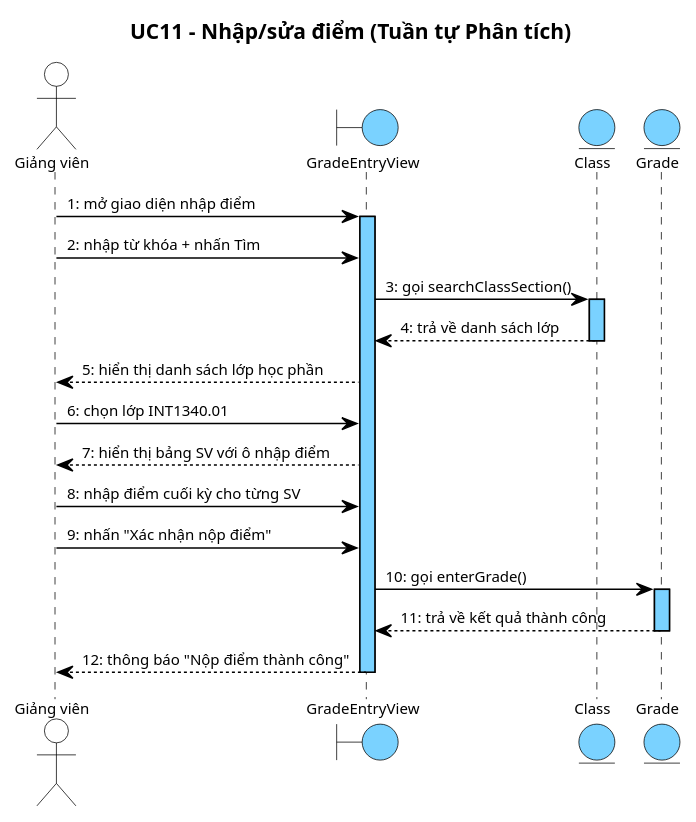
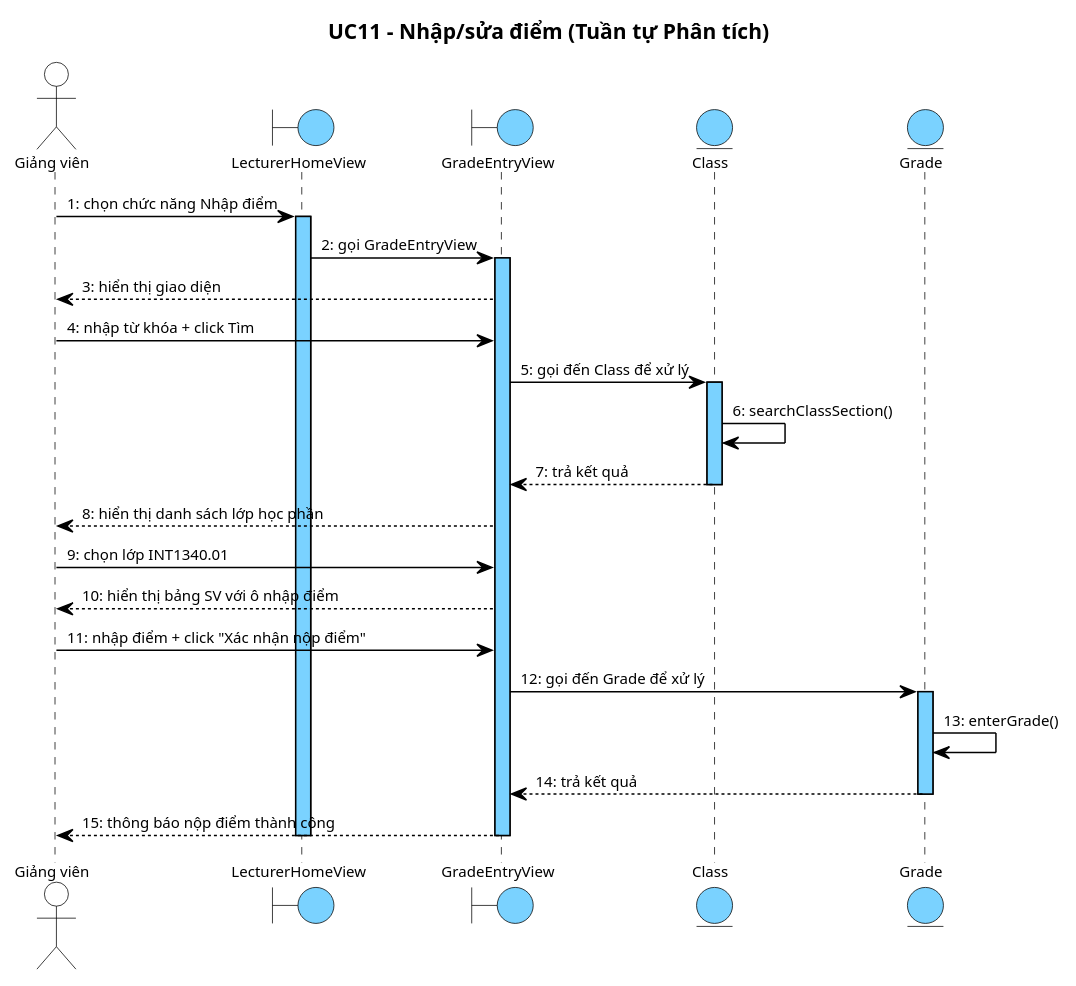
One commit to thanhtrnnn/universe changed diagram 13 of 20 in report/md/module3_attendance_grades.md. Above: the diagram before and after it, drawn with PlantUML. The commit also changed other lines of this file and 1 other file, not shown here.

First line of the commit message:
docs: rewrite II.4 & III.4 sequence diagrams to reference narrative format

````diff
--- a/report/md/module3_attendance_grades.md
+++ b/report/md/module3_attendance_grades.md
@@ -731,47 +784,53 @@
 ```plantuml
 @startuml
 skinparam shadowing false
 skinparam SequenceMessageAlign left
 skinparam SequenceLifeLineBackgroundColor #7AD2FF
 skinparam SequenceLifeLineBorderColor #000000
 <style>
 sequenceDiagram {
   Shadowing 0
   RoundCorner 0
   FontName "Arial"
   FontSize 10
   FontColor #000000
   boundary { BackgroundColor #7AD2FF; LineColor #000000 }
   entity { BackgroundColor #7AD2FF; LineColor #000000 }
   actor { BackgroundColor transparent; LineColor #000000 }
   lifeline { LineColor #000000; LineStyle 5-5 }
   arrow { LineColor #000000; LineThickness 1; FontSize 10 }
 }
 </style>
 title UC11 – Nhập/sửa điểm (Tuần tự Phân tích)
 
 actor "Giảng viên" as GV
+boundary LecturerHomeView
 boundary GradeEntryView
 entity Class
 entity Grade
 
-GV -> GradeEntryView : 1: mở giao diện nhập điểm
+GV -> LecturerHomeView : 1: chọn chức năng Nhập điểm
+activate LecturerHomeView
+LecturerHomeView -> GradeEntryView : 2: gọi GradeEntryView
 activate GradeEntryView
-GV -> GradeEntryView : 2: nhập từ khóa + nhấn Tìm
-GradeEntryView -> Class : 3: gọi searchClassSection()
+GradeEntryView --> GV : 3: hiển thị giao diện
+GV -> GradeEntryView : 4: nhập từ khóa + click Tìm
+GradeEntryView -> Class : 5: gọi đến Class để xử lý
 activate Class
-Class --> GradeEntryView : 4: trả về danh sách lớp
+Class -> Class : 6: searchClassSection()
+Class --> GradeEntryView : 7: trả kết quả
 deactivate Class
-GradeEntryView --> GV : 5: hiển thị danh sách lớp học phần
-GV -> GradeEntryView : 6: chọn lớp INT1340.01
-GradeEntryView --> GV : 7: hiển thị bảng SV với ô nhập điểm
-GV -> GradeEntryView : 8: nhập điểm cuối kỳ cho từng SV
-GV -> GradeEntryView : 9: nhấn "Xác nhận nộp điểm"
-GradeEntryView -> Grade : 10: gọi enterGrade()
+GradeEntryView --> GV : 8: hiển thị danh sách lớp học phần
+GV -> GradeEntryView : 9: chọn lớp INT1340.01
+GradeEntryView --> GV : 10: hiển thị bảng SV với ô nhập điểm
+GV -> GradeEntryView : 11: nhập điểm + click "Xác nhận nộp điểm"
+GradeEntryView -> Grade : 12: gọi đến Grade để xử lý
 activate Grade
-Grade --> GradeEntryView : 11: trả về kết quả thành công
+Grade -> Grade : 13: enterGrade()
+Grade --> GradeEntryView : 14: trả kết quả
 deactivate Grade
-GradeEntryView --> GV : 12: thông báo "Nộp điểm thành công"
+GradeEntryView --> GV : 15: thông báo nộp điểm thành công
 deactivate GradeEntryView
+deactivate LecturerHomeView
 @enduml
 ```
````
